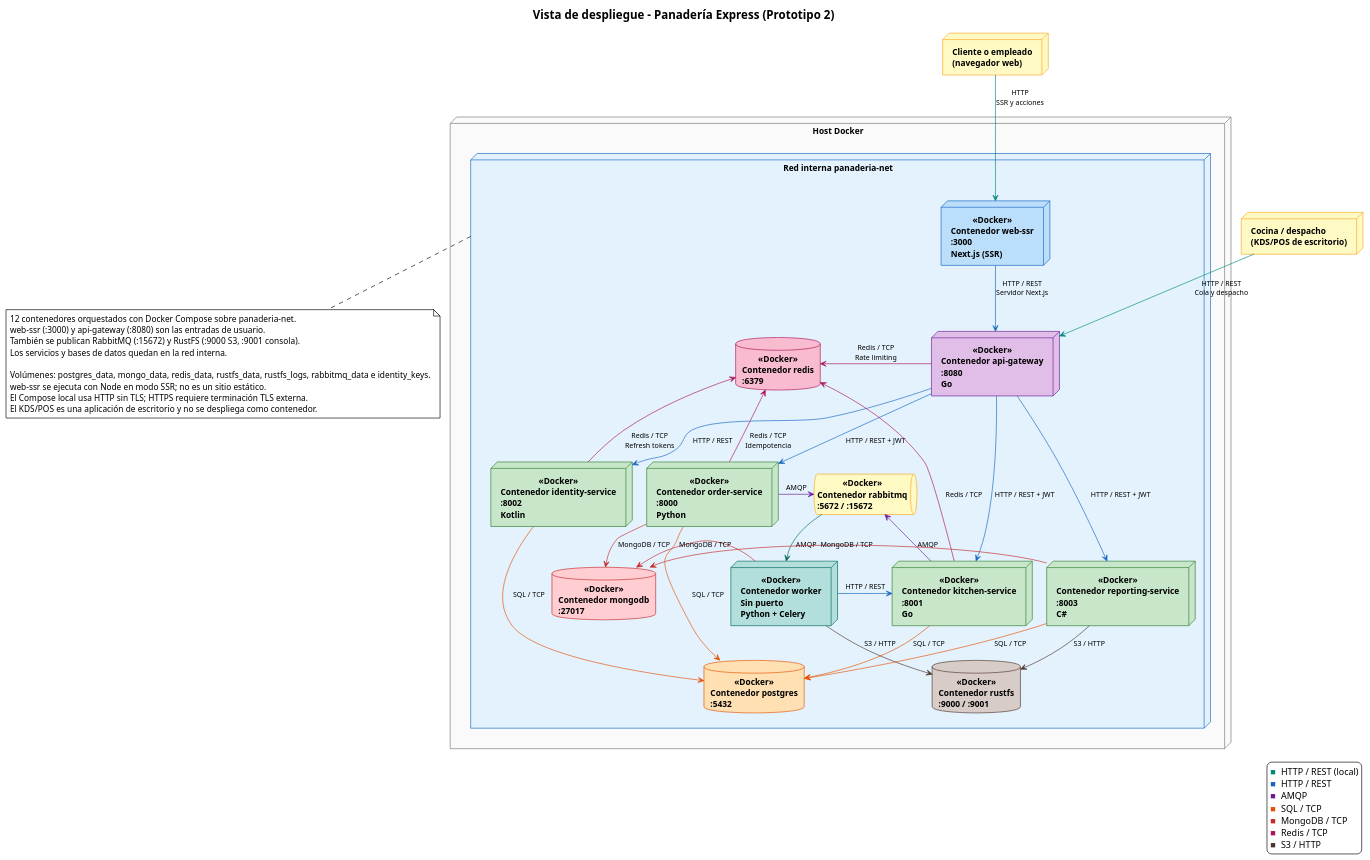
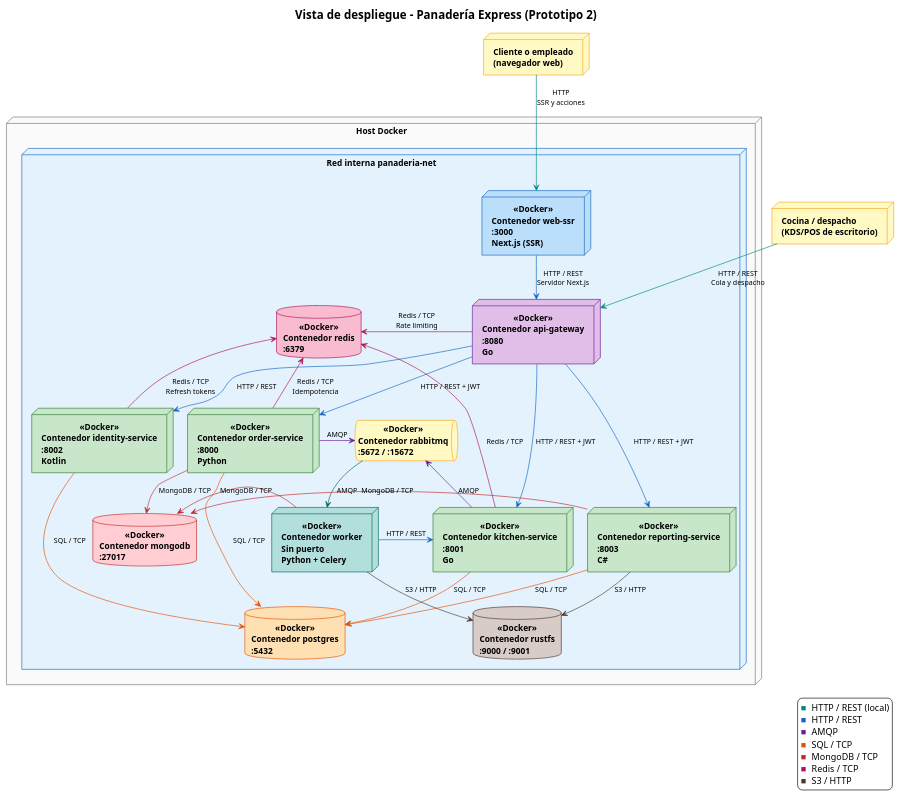
Before and after one commit to unal-sw-arch/swarch-2026ii: the diagram in g3-H-PanTech/docs/tiers_despliegue P2.puml, drawn with PlantUML. The commit also changed 1 other file, not shown here.

Commit message:
docs: remove deployment diagram note

```diff
--- a/g3-H-PanTech/docs/tiers_despliegue P2.puml
+++ b/g3-H-PanTech/docs/tiers_despliegue P2.puml
@@ -1,100 +1,88 @@
 @startuml
 !theme plain
 top to bottom direction
 skinparam shadowing false
 skinparam defaultFontSize 13
 skinparam nodesep 22
 skinparam ranksep 38
 skinparam ArrowFontSize 11
 skinparam titleFontSize 18
 skinparam titleFontStyle bold
 skinparam node {
   FontStyle bold
 }
 skinparam database {
   FontStyle bold
 }
 skinparam queue {
   FontStyle bold
 }
 
 title Vista de despliegue - Panadería Express (Prototipo 2)
 
 node "Cliente o empleado\n(navegador web)" as Browser #FFF9C4;line:F9A825
 node "Cocina / despacho\n(KDS/POS de escritorio)" as KDS #FFF9C4;line:F9A825
 
 node "Host Docker" as Host #FAFAFA;line:757575 {
   node "Red interna panaderia-net" as Net #E3F2FD;line:1565C0 {
     node "Contenedor web-ssr\n:3000\nNext.js (SSR)" as Web <<Docker>> #BBDEFB;line:1565C0
     node "Contenedor api-gateway\n:8080\nGo" as GW <<Docker>> #E1BEE7;line:6A1B9A
 
     node "Contenedor identity-service\n:8002\nKotlin" as Identity <<Docker>> #C8E6C9;line:2E7D32
     node "Contenedor order-service\n:8000\nPython" as Order <<Docker>> #C8E6C9;line:2E7D32
     node "Contenedor kitchen-service\n:8001\nGo" as Kitchen <<Docker>> #C8E6C9;line:2E7D32
     node "Contenedor reporting-service\n:8003\nC#" as Reporting <<Docker>> #C8E6C9;line:2E7D32
     node "Contenedor worker\nSin puerto\nPython + Celery" as Worker <<Docker>> #B2DFDB;line:00695C
 
     queue "Contenedor rabbitmq\n:5672 / :15672" as MQ <<Docker>> #FFF9C4;line:F9A825
 
     database "Contenedor postgres\n:5432" as PG <<Docker>> #FFE0B2;line:E65100
     database "Contenedor mongodb\n:27017" as Mongo <<Docker>> #FFCDD2;line:C62828
     database "Contenedor redis\n:6379" as Redis <<Docker>> #F8BBD0;line:AD1457
     database "Contenedor rustfs\n:9000 / :9001" as RustFS <<Docker>> #D7CCC8;line:4E342E
   }
 }
 
 ' Clientes -> presentación y borde
 Browser -[#00897B]down-> Web : HTTP\nSSR y acciones
 KDS -[#00897B]down-> GW : HTTP / REST\nCola y despacho
 
 ' Presentación -> borde
 Web -[#1565C0]down-> GW : HTTP / REST\nServidor Next.js
 
 ' Borde -> lógica
 GW -[#1565C0]down-> Identity : HTTP / REST
 GW -[#1565C0]down-> Order : HTTP / REST + JWT
 GW -[#1565C0]down-> Kitchen : HTTP / REST + JWT
 GW -[#1565C0]down-> Reporting : HTTP / REST + JWT
 
 ' Lógica -> datos y eventos
 GW -[#AD1457]left-> Redis : Redis / TCP\nRate limiting
 Identity -[#E65100]down-> PG : SQL / TCP
 Identity -[#AD1457]left-> Redis : Redis / TCP\nRefresh tokens
 Order -[#E65100]down-> PG : SQL / TCP
 Order -[#C62828]right-> Mongo : MongoDB / TCP
 Order -[#AD1457]left-> Redis : Redis / TCP\nIdempotencia
 Order -[#6A1B9A]right-> MQ : AMQP
 Kitchen -[#E65100]down-> PG : SQL / TCP
 Kitchen -[#AD1457]down-> Redis : Redis / TCP
 Kitchen -[#6A1B9A]left-> MQ : AMQP
 MQ -[#00695C]down-> Worker : AMQP
 Worker -[#1565C0]right-> Kitchen : HTTP / REST
 Worker -[#C62828]left-> Mongo : MongoDB / TCP
 Worker -[#4E342E]down-> RustFS : S3 / HTTP
 Reporting -[#E65100]down-> PG : SQL / TCP
 Reporting -[#C62828]left-> Mongo : MongoDB / TCP
 Reporting -[#4E342E]down-> RustFS : S3 / HTTP
 
-note bottom of Net
-  12 contenedores orquestados con Docker Compose sobre panaderia-net.
-  web-ssr (:3000) y api-gateway (:8080) son las entradas de usuario.
-  También se publican RabbitMQ (:15672) y RustFS (:9000 S3, :9001 consola).
-  Los servicios y bases de datos quedan en la red interna.
-
-  Volúmenes: postgres_data, mongo_data, redis_data, rustfs_data, rustfs_logs, rabbitmq_data e identity_keys.
-  web-ssr se ejecuta con Node en modo SSR; no es un sitio estático.
-  El Compose local usa HTTP sin TLS; HTTPS requiere terminación TLS externa.
-  El KDS/POS es una aplicación de escritorio y no se despliega como contenedor.
-end note
-
 legend right
   <color:#00897B>■</color> HTTP / REST (local)
   <color:#1565C0>■</color> HTTP / REST
   <color:#6A1B9A>■</color> AMQP
   <color:#E65100>■</color> SQL / TCP
   <color:#C62828>■</color> MongoDB / TCP
   <color:#AD1457>■</color> Redis / TCP
   <color:#4E342E>■</color> S3 / HTTP
 endlegend
 
 @enduml
```
